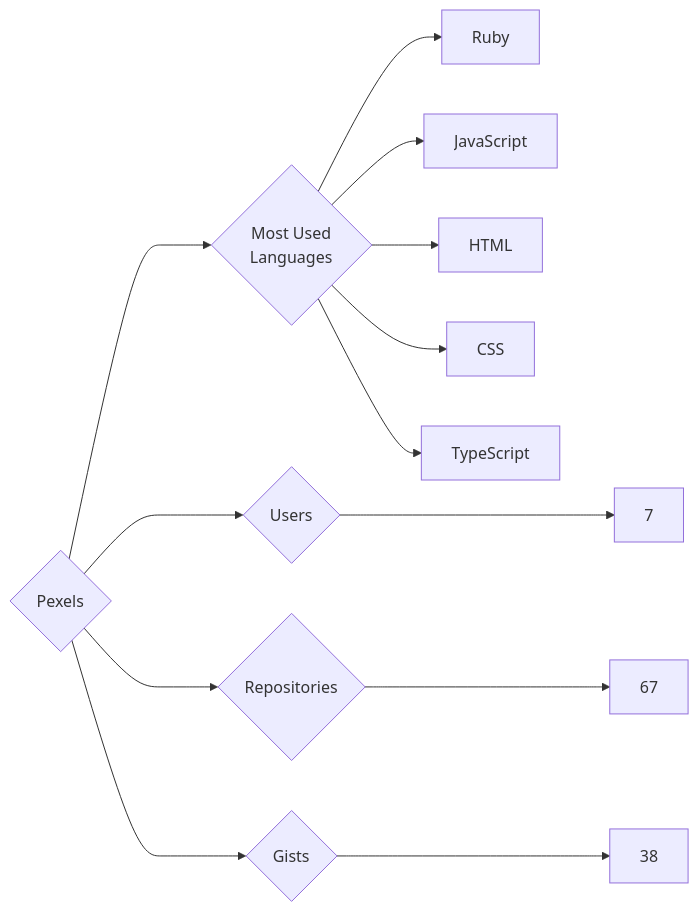
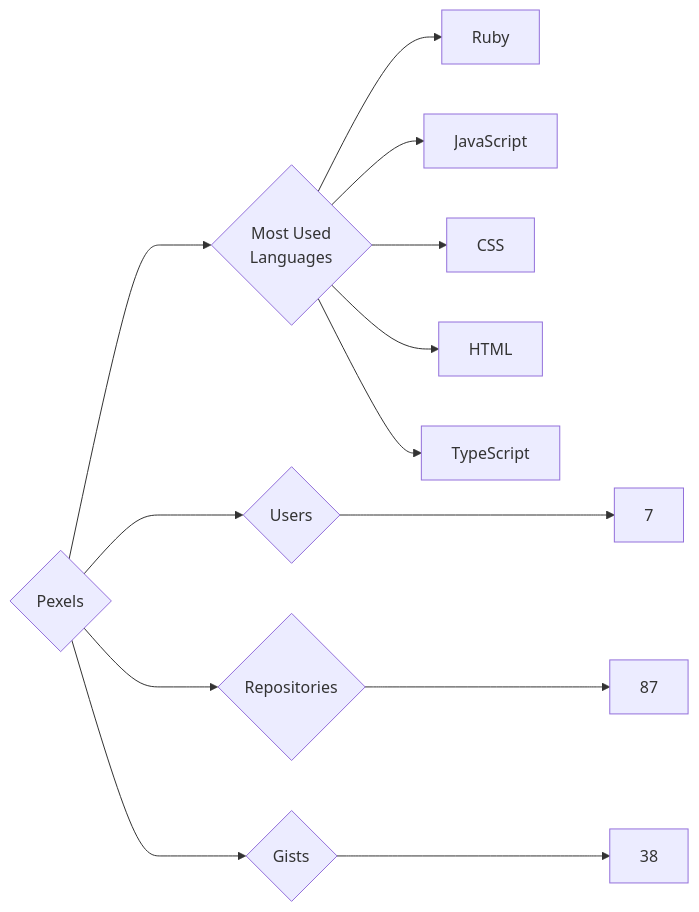
Before and after one commit to trickest/insiders: the diagram in targets/Pexels/README.md, drawn with Mermaid. The commit also changed 814 other files, not shown here.

````diff
--- a/targets/Pexels/README.md
+++ b/targets/Pexels/README.md
@@ -3,13 +3,13 @@
 ```mermaid
 graph LR
 COMPANY_NAME{Pexels}
 COMPANY_NAME ---> U{Users} ---> UN[7]
-COMPANY_NAME ---> R{Repositories} ---> RN[67]
+COMPANY_NAME ---> R{Repositories} ---> RN[87]
 COMPANY_NAME ---> G{Gists} ---> GN[38]
 COMPANY_NAME ---> ML{Most Used<br>Languages}
 ML --> Ruby[Ruby]
 ML --> JavaScript[JavaScript]
+ML --> CSS[CSS]
 ML --> HTML[HTML]
-ML --> CSS[CSS]
 ML --> TypeScript[TypeScript]
 ```
````
